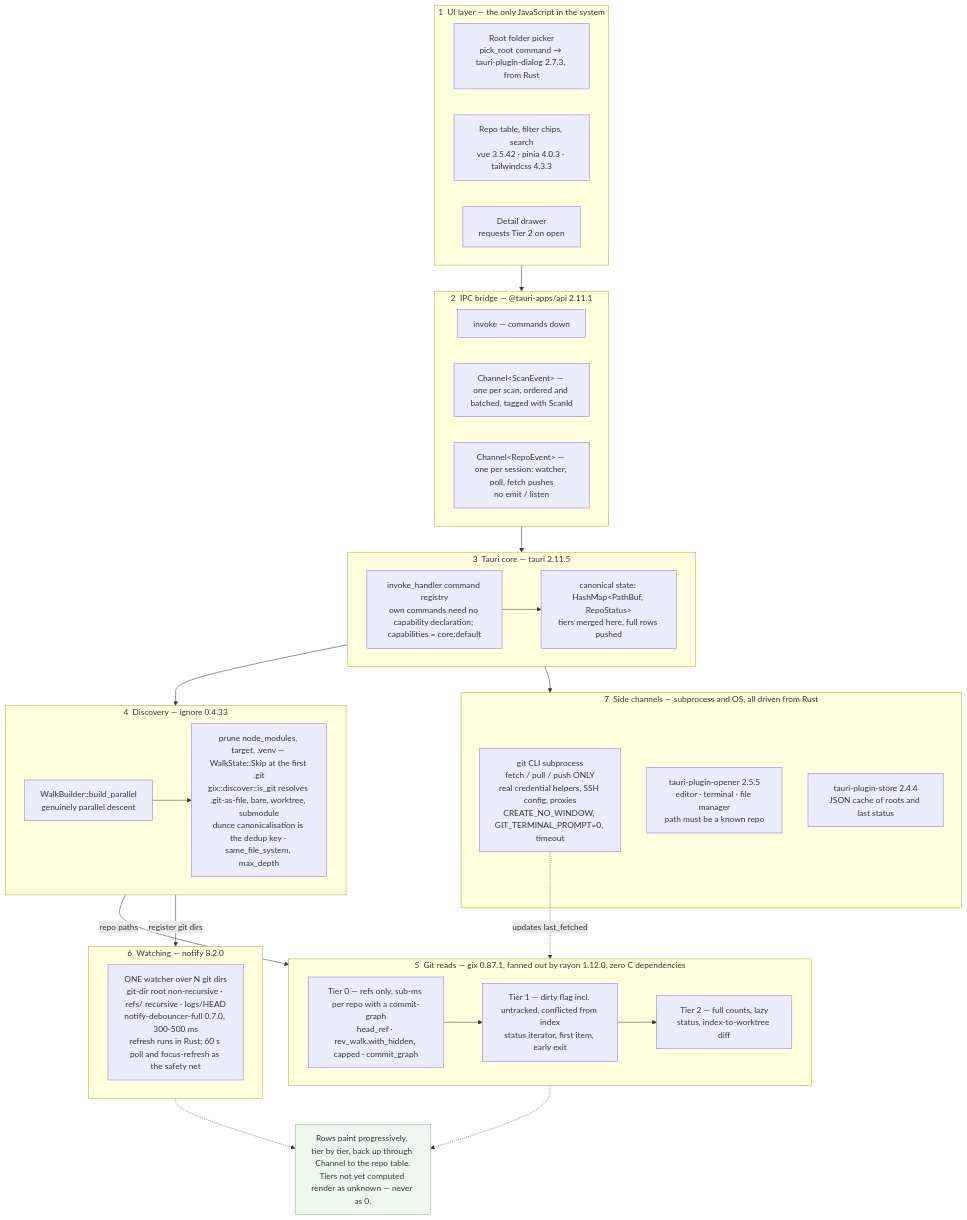
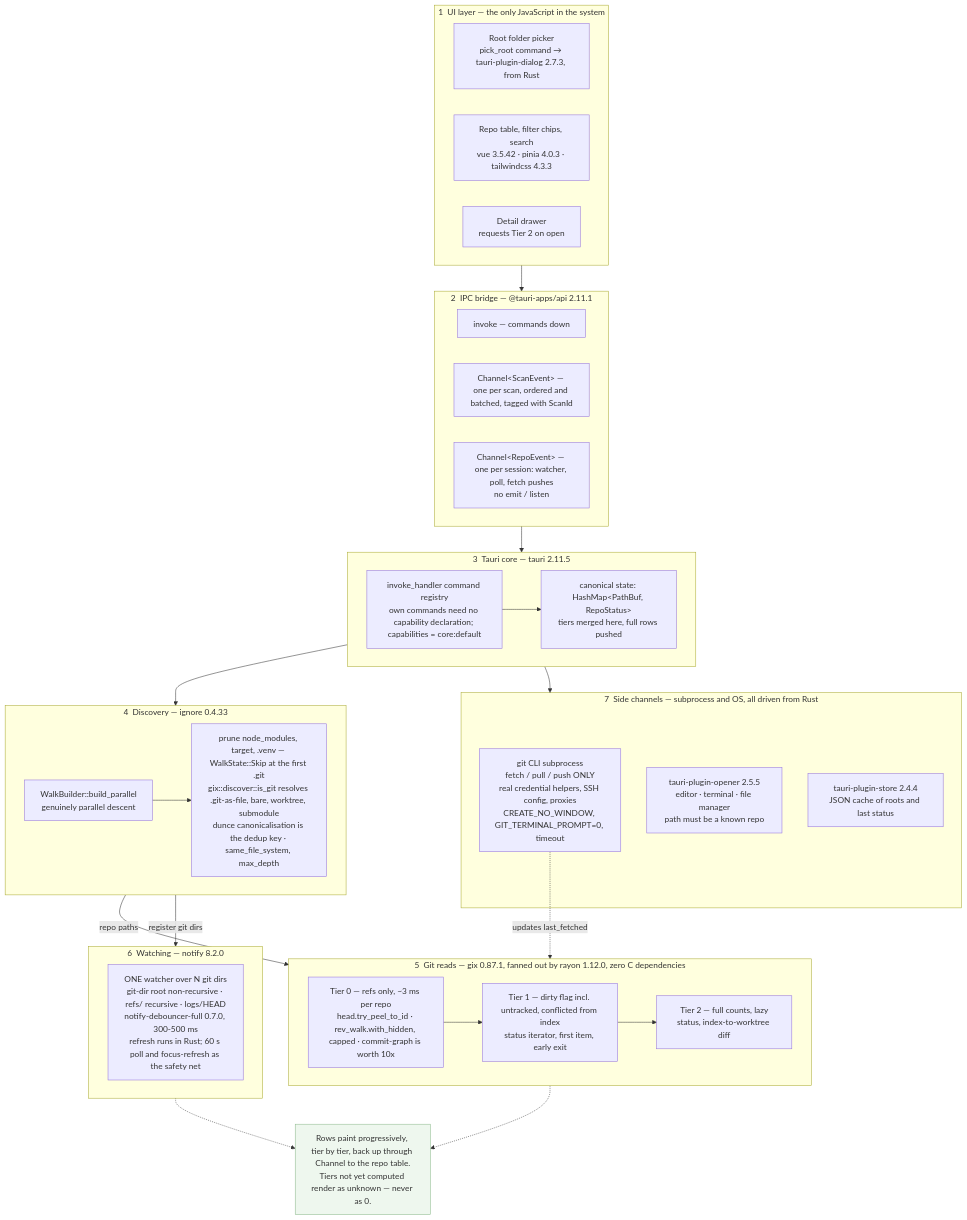
The diagram in README.md (b-meyer/repo-viewer), drawn with Mermaid before and after one commit. The commit also changed other lines of this file and 18 other files, not shown here.

````diff
--- a/README.md
+++ b/README.md
@@ -27,58 +28,58 @@
 ```mermaid
 flowchart TB
     subgraph L1["1 &nbsp;UI layer &mdash; the only JavaScript in the system"]
         L1A["Root folder picker<br/>pick_root command &rarr; tauri-plugin-dialog 2.7.3, from Rust"]
         L1B["Repo table, filter chips, search<br/>vue 3.5.42 &middot; pinia 4.0.3 &middot; tailwindcss 4.3.3"]
         L1C["Detail drawer<br/>requests Tier 2 on open"]
     end
 
     subgraph L2["2 &nbsp;IPC bridge &mdash; @tauri-apps/api 2.11.1"]
         L2A["invoke &mdash; commands down"]
         L2B["Channel&lt;ScanEvent&gt; &mdash; one per scan, ordered and batched, tagged with ScanId"]
         L2C["Channel&lt;RepoEvent&gt; &mdash; one per session: watcher, poll, fetch pushes<br/>no emit / listen"]
     end
 
     subgraph L3["3 &nbsp;Tauri core &mdash; tauri 2.11.5"]
         L3A["invoke_handler command registry<br/>own commands need no capability declaration; capabilities = core:default"]
         L3B["canonical state: HashMap&lt;PathBuf, RepoStatus&gt;<br/>tiers merged here, full rows pushed"]
     end
 
     subgraph L4["4 &nbsp;Discovery &mdash; ignore 0.4.33"]
         L4A["WalkBuilder::build_parallel<br/>genuinely parallel descent"]
         L4B["prune node_modules, target, .venv &mdash; WalkState::Skip at the first .git<br/>gix::discover::is_git resolves .git-as-file, bare, worktree, submodule<br/>dunce canonicalisation is the dedup key &middot; same_file_system, max_depth"]
     end
 
     subgraph L5["5 &nbsp;Git reads &mdash; gix 0.87.1, fanned out by rayon 1.12.0, zero C dependencies"]
-        L5A["Tier 0 &mdash; refs only, sub-ms per repo with a commit-graph<br/>head_ref &middot; rev_walk.with_hidden, capped &middot; commit_graph"]
+        L5A["Tier 0 &mdash; refs only, ~3 ms per repo<br/>head.try_peel_to_id &middot; rev_walk.with_hidden, capped &middot; commit-graph is worth 10x"]
         L5B["Tier 1 &mdash; dirty flag incl. untracked, conflicted from index<br/>status iterator, first item, early exit"]
         L5C["Tier 2 &mdash; full counts, lazy<br/>status, index-to-worktree diff"]
     end
 
     subgraph L6["6 &nbsp;Watching &mdash; notify 8.2.0"]
         L6A["ONE watcher over N git dirs<br/>git-dir root non-recursive &middot; refs/ recursive &middot; logs/HEAD<br/>notify-debouncer-full 0.7.0, 300-500 ms<br/>refresh runs in Rust; 60 s poll and focus-refresh as the safety net"]
     end
 
     subgraph L7["7 &nbsp;Side channels &mdash; subprocess and OS, all driven from Rust"]
         L7A["git CLI subprocess<br/>fetch / pull / push ONLY<br/>real credential helpers, SSH config, proxies<br/>CREATE_NO_WINDOW, GIT_TERMINAL_PROMPT=0, timeout"]
         L7B["tauri-plugin-opener 2.5.5<br/>editor &middot; terminal &middot; file manager<br/>path must be a known repo"]
         L7C["tauri-plugin-store 2.4.4<br/>JSON cache of roots and last status"]
     end
 
     OUT["Rows paint progressively, tier by tier, back up through Channel to the repo table.<br/>Tiers not yet computed render as unknown &mdash; never as 0."]
 
     L1 --> L2
     L2 --> L3
     L3A --> L3B
     L3 --> L4
     L3 --> L7
     L4A --> L4B
     L4 -->|"repo paths"| L5
     L4 -->|"register git dirs"| L6
     L5A --> L5B
     L5B --> L5C
     L5 -.-> OUT
     L6 -.-> OUT
     L7A -.->|"updates last_fetched"| L5
 
     style OUT fill:#eef7ee,stroke:#8bb88b
 ```
````
